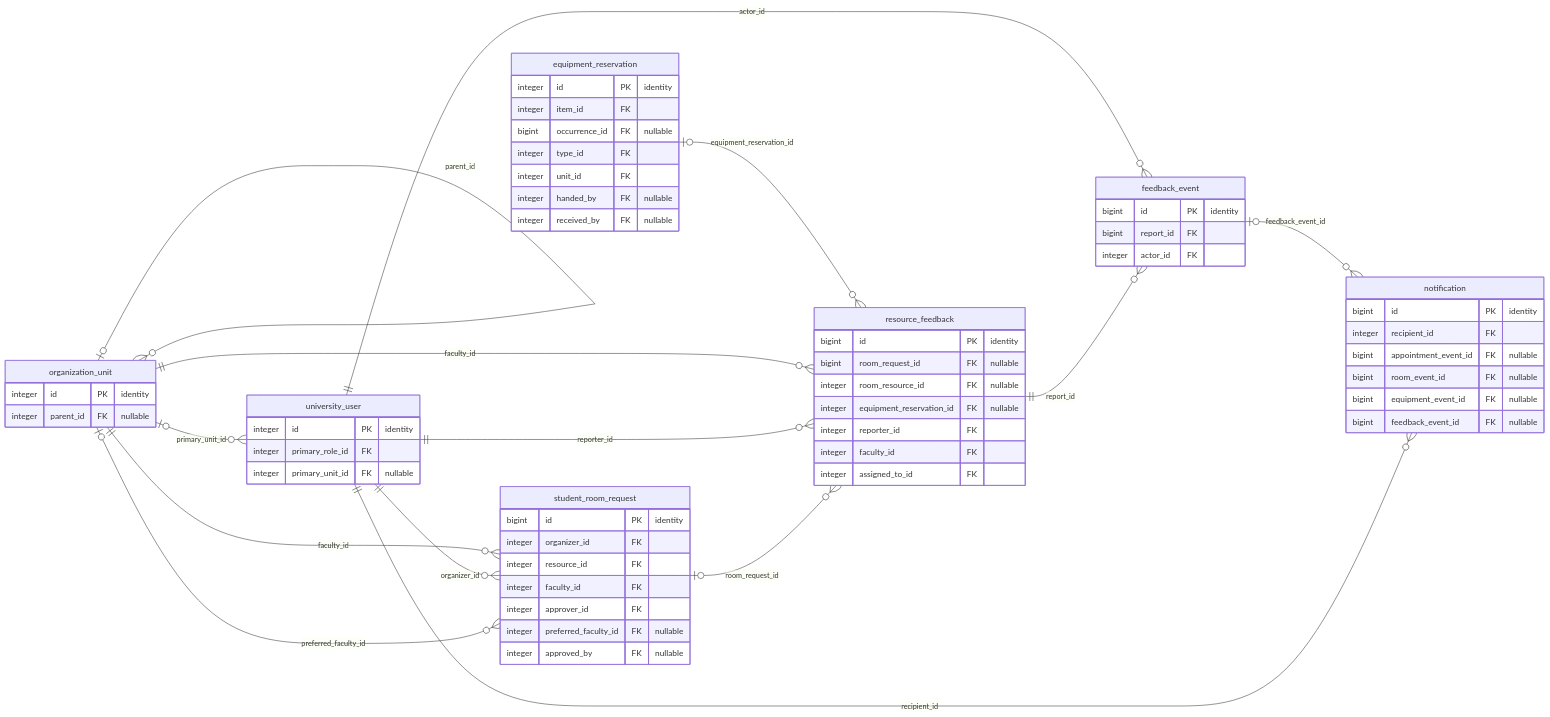
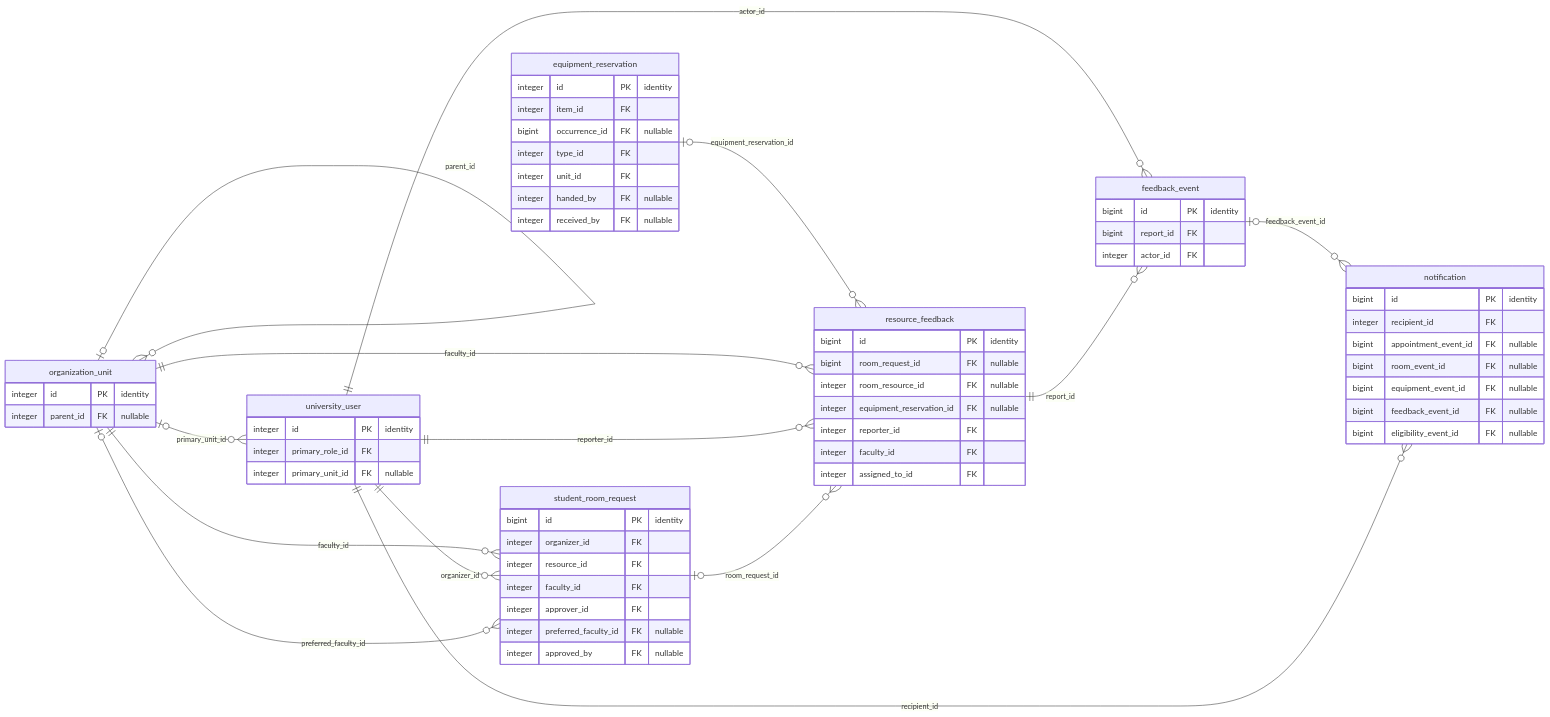
The diagram in docs/architecture/feedback-er.mmd (najib-attar/resource-allocation-system), drawn with Mermaid before and after one commit. The commit also changed 30 other files, not shown here.

```diff
--- a/docs/architecture/feedback-er.mmd
+++ b/docs/architecture/feedback-er.mmd
@@ -1,65 +1,66 @@
 %% Generated by scripts/generate_database_diagrams.py; do not edit manually.
 erDiagram
     direction LR
     equipment_reservation {
         integer id PK "identity"
         integer item_id FK
         bigint occurrence_id FK "nullable"
         integer type_id FK
         integer unit_id FK
         integer handed_by FK "nullable"
         integer received_by FK "nullable"
     }
     feedback_event {
         bigint id PK "identity"
         bigint report_id FK
         integer actor_id FK
     }
     notification {
         bigint id PK "identity"
         integer recipient_id FK
         bigint appointment_event_id FK "nullable"
         bigint room_event_id FK "nullable"
         bigint equipment_event_id FK "nullable"
         bigint feedback_event_id FK "nullable"
+        bigint eligibility_event_id FK "nullable"
     }
     organization_unit {
         integer id PK "identity"
         integer parent_id FK "nullable"
     }
     resource_feedback {
         bigint id PK "identity"
         bigint room_request_id FK "nullable"
         integer room_resource_id FK "nullable"
         integer equipment_reservation_id FK "nullable"
         integer reporter_id FK
         integer faculty_id FK
         integer assigned_to_id FK
     }
     student_room_request {
         bigint id PK "identity"
         integer organizer_id FK
         integer resource_id FK
         integer faculty_id FK
         integer approver_id FK
         integer preferred_faculty_id FK "nullable"
         integer approved_by FK "nullable"
     }
     university_user {
         integer id PK "identity"
         integer primary_role_id FK
         integer primary_unit_id FK "nullable"
     }
     university_user ||--o{ feedback_event : actor_id
     resource_feedback ||--o{ feedback_event : report_id
     feedback_event o|--o{ notification : feedback_event_id
     university_user ||--o{ notification : recipient_id
     organization_unit o|--o{ organization_unit : parent_id
     equipment_reservation o|--o{ resource_feedback : equipment_reservation_id
     organization_unit ||--o{ resource_feedback : faculty_id
     university_user ||--o{ resource_feedback : reporter_id
     student_room_request o|--o{ resource_feedback : room_request_id
     organization_unit ||--o{ student_room_request : faculty_id
     university_user ||--o{ student_room_request : organizer_id
     organization_unit o|--o{ student_room_request : preferred_faculty_id
     organization_unit o|--o{ university_user : primary_unit_id
```
